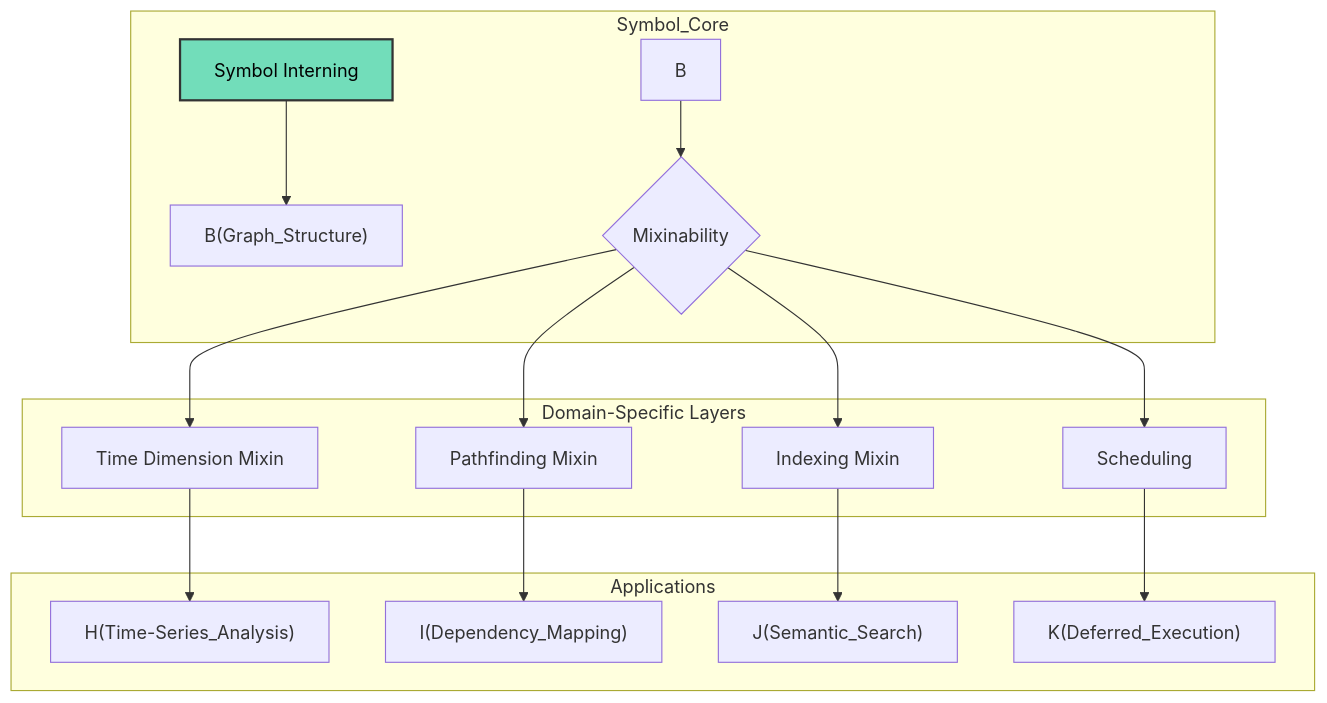
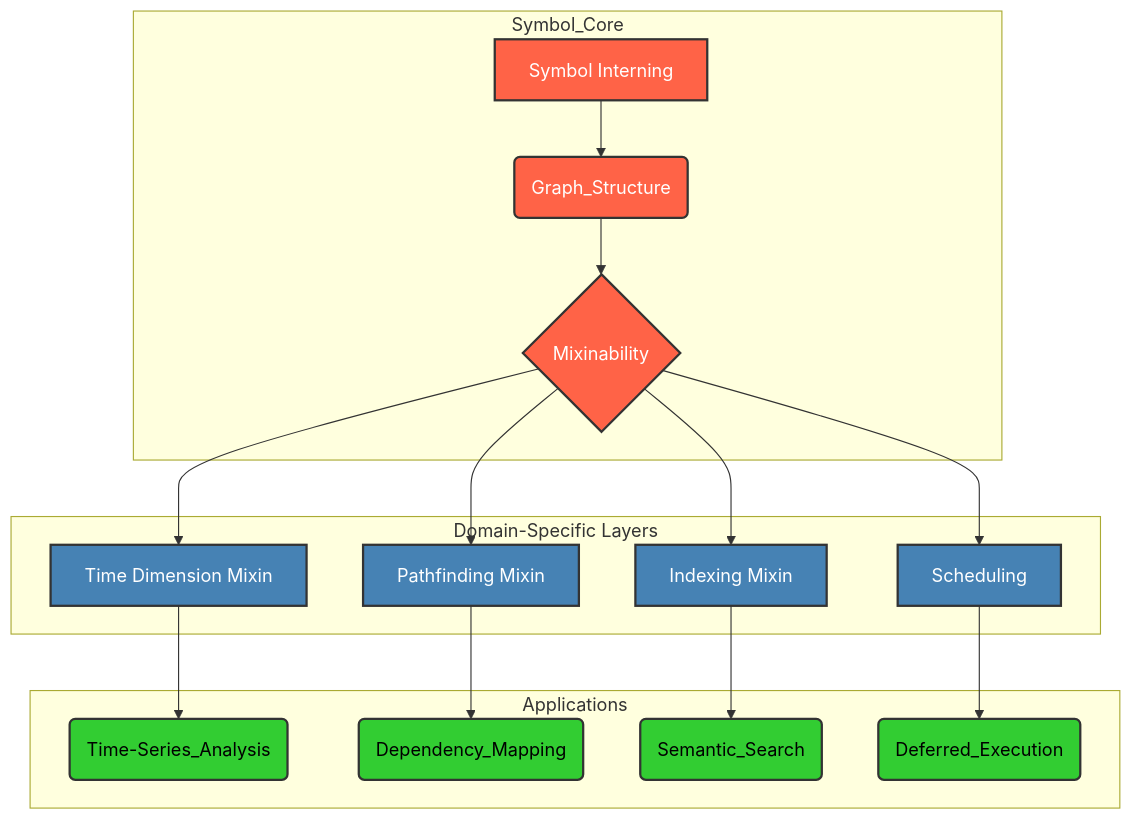
The diagram in docs/1_quick_guide.md (ikko/sym), drawn with Mermaid before and after one commit. The commit also changed other lines of this file and 15 other files, not shown here.

Commit message:
inbetween cleaning examples and recolor mermaids

````diff
--- a/docs/1_quick_guide.md
+++ b/docs/1_quick_guide.md
@@ -79,23 +94,35 @@
 ```mermaid
 graph TD
     subgraph Symbol_Core
-        A[Symbol Interning] --> B&#40Graph_Structure&#41
+        A[Symbol Interning] --> B(Graph_Structure)
         B --> C{Mixinability}
     end
 
     subgraph Domain-Specific Layers
         C --> D[Time Dimension Mixin]
         C --> E[Pathfinding Mixin]
         C --> F[Indexing Mixin]
         C --> G[Scheduling]
     end
 
     subgraph Applications
-        D --> H&#40Time-Series_Analysis&#41
-        E --> I&#40Dependency_Mapping&#41
-        F --> J&#40Semantic_Search&#41
-        G --> K&#40Deferred_Execution&#41
+        D --> H(Time-Series_Analysis)
+        E --> I(Dependency_Mapping)
+        F --> J(Semantic_Search)
+        G --> K(Deferred_Execution)
     end
 
-    style A fill:#72ddba,stroke:#333,stroke-width:2px,color:#000000
+    style A fill:#FF6347,stroke:#333,stroke-width:2px,color:#FFFFFF;
+    style B fill:#FF6347,stroke:#333,stroke-width:2px,color:#FFFFFF;
+    style C fill:#FF6347,stroke:#333,stroke-width:2px,color:#FFFFFF;
+
+    style D fill:#4682B4,stroke:#333,stroke-width:2px,color:#FFFFFF;
+    style E fill:#4682B4,stroke:#333,stroke-width:2px,color:#FFFFFF;
+    style F fill:#4682B4,stroke:#333,stroke-width:2px,color:#FFFFFF;
+    style G fill:#4682B4,stroke:#333,stroke-width:2px,color:#FFFFFF;
+
+    style H fill:#32CD32,stroke:#333,stroke-width:2px,color:#000000;
+    style I fill:#32CD32,stroke:#333,stroke-width:2px,color:#000000;
+    style J fill:#32CD32,stroke:#333,stroke-width:2px,color:#000000;
+    style K fill:#32CD32,stroke:#333,stroke-width:2px,color:#000000;
 ```
````
